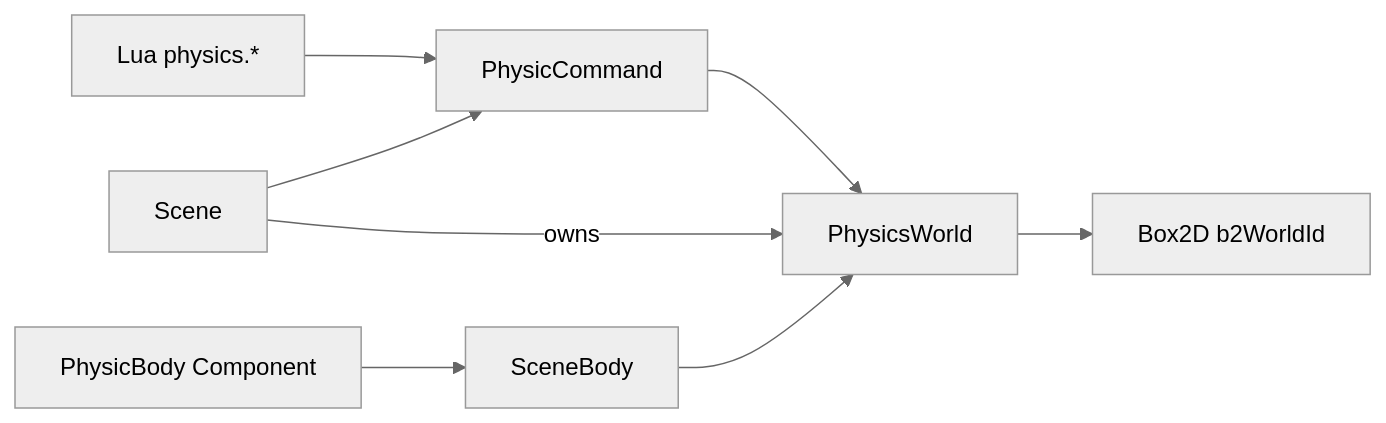
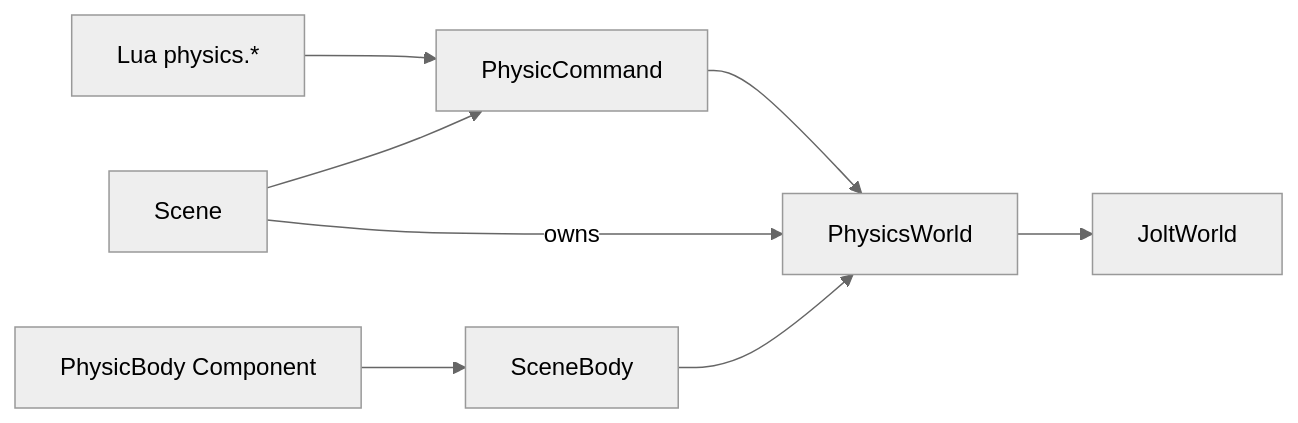
The first of 4 diagrams in doc/pages/physics.md (Silmaen/Owl), drawn with Mermaid (neutral theme) before and after one commit. The commit also changed other lines of this file and 74 other files, not shown here.

First line of the commit message:
Add Jolt Physics, built deterministic, with a frozen world-hash test (#375)

````diff
--- a/doc/pages/physics.md
+++ b/doc/pages/physics.md
@@ -20,10 +20,10 @@
 ```mermaid
 flowchart LR
     Lua["Lua physics.*"] --> PC[PhysicCommand]
     Scene --> PC
     Scene -- owns --> World[PhysicsWorld]
     PC --> World
-    World --> B2[Box2D b2WorldId]
+    World --> JW[JoltWorld]
     PB[PhysicBody Component] --> SB[SceneBody]
     SB --> World
 ```
````
